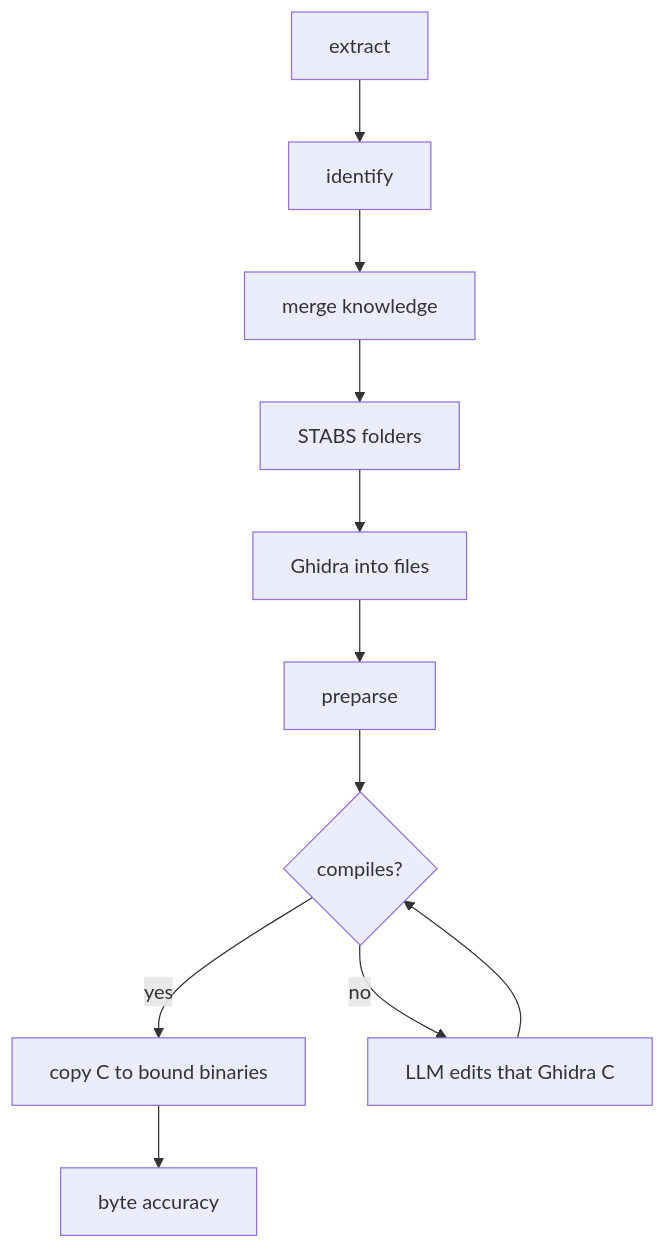
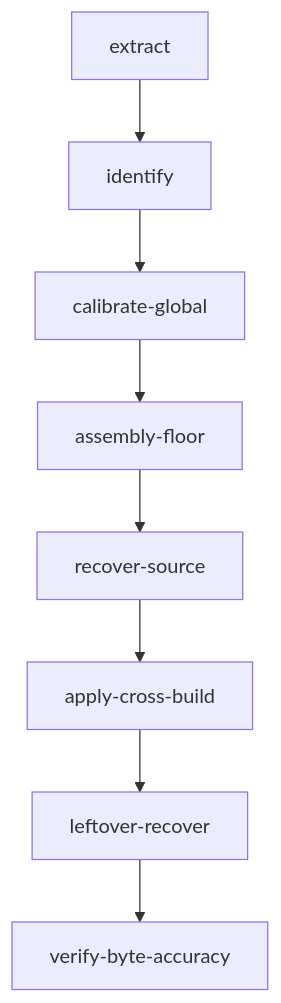
The diagram in docs/CORPUS_PIPELINE.md (bolabaden/AgentDecompile), drawn with Mermaid before and after one commit. The commit also changed other lines of this file and 518 other files, not shown here.

````diff
--- a/docs/CORPUS_PIPELINE.md
+++ b/docs/CORPUS_PIPELINE.md
@@ -14,13 +18,10 @@
 ```mermaid
 flowchart TD
   extract[extract] --> identify[identify]
-  identify --> merge[merge knowledge]
-  merge --> generate[STABS folders]
-  generate --> recover[Ghidra into files]
-  recover --> preparse[preparse]
-  preparse --> compile{compiles?}
-  compile -->|yes| apply[copy C to bound binaries]
-  compile -->|no| llm[LLM edits that Ghidra C]
-  llm --> compile
-  apply --> verify[byte accuracy]
+  identify --> calib[calibrate-global]
+  calib --> floor[assembly-floor]
+  floor --> recover[recover-source]
+  recover --> apply[apply-cross-build]
+  apply --> leftover[leftover-recover]
+  leftover --> verify[verify-byte-accuracy]
 ```
````
